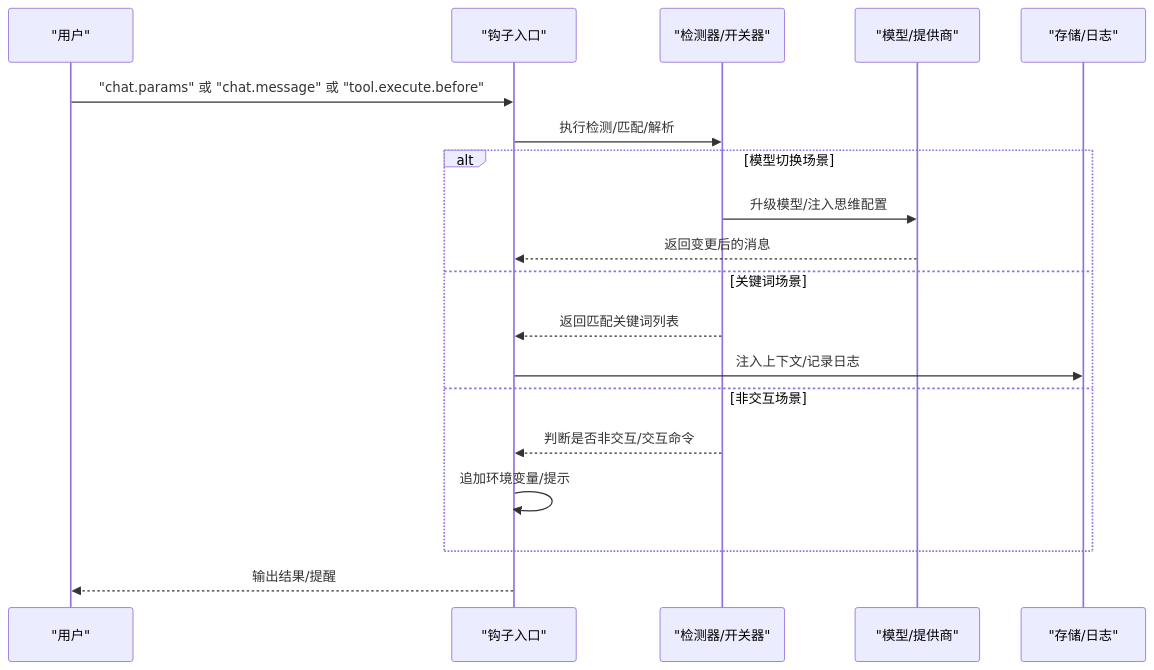
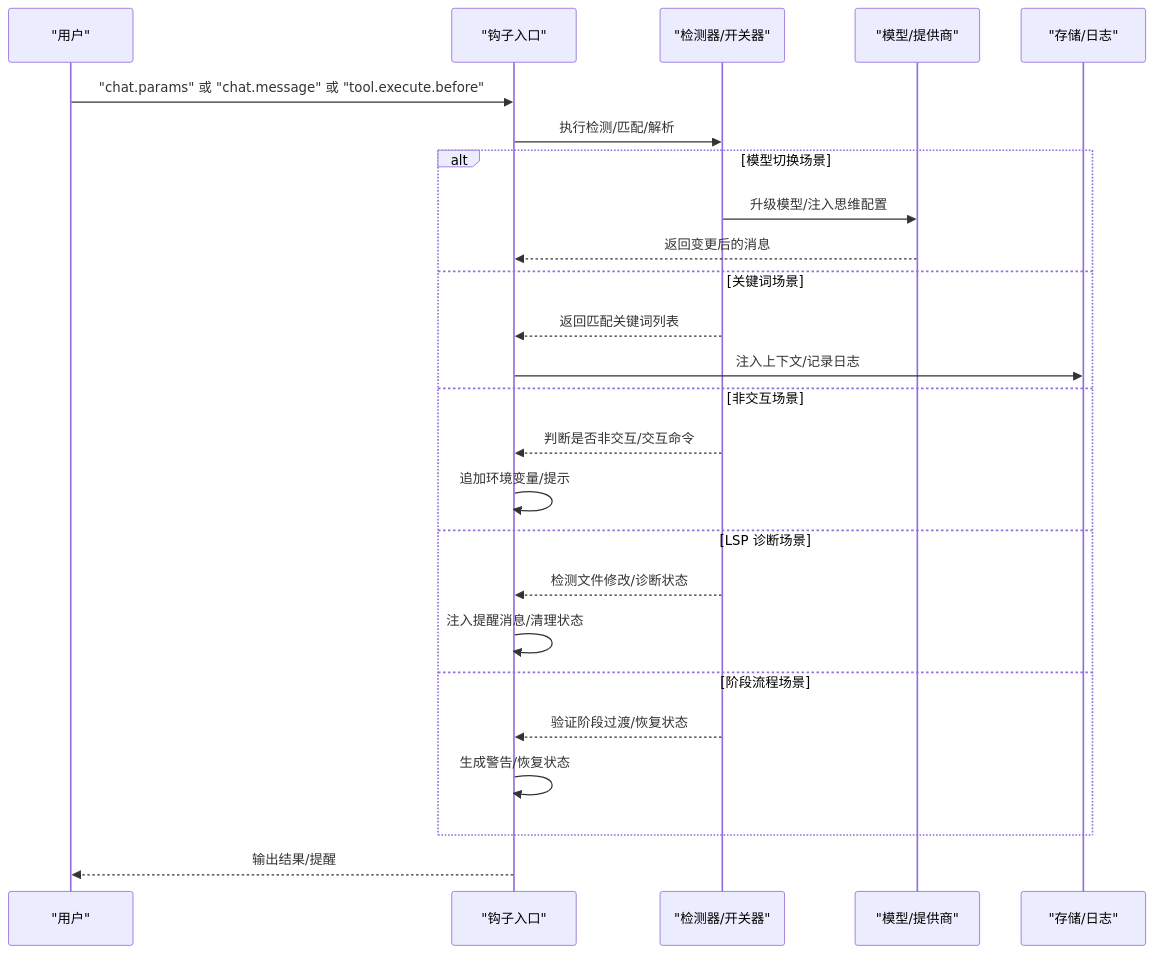
Before and after one commit to code-yeongyu/oh-my-openagent: the second of 9 diagrams in .qoder/repowiki/zh/content/钩子系统/实用工具钩子.md, drawn with Mermaid. The commit also changed other lines of this file and 61 other files, not shown here.

````diff
--- a/.qoder/repowiki/zh/content/钩子系统/实用工具钩子.md
+++ b/.qoder/repowiki/zh/content/钩子系统/实用工具钩子.md
@@ -120,21 +155,27 @@
 ```mermaid
 sequenceDiagram
 participant User as "用户"
 participant Hook as "钩子入口"
 participant Detector as "检测器/开关器"
 participant Provider as "模型/提供商"
 participant Store as "存储/日志"
 User->>Hook : "chat.params" 或 "chat.message" 或 "tool.execute.before"
 Hook->>Detector : 执行检测/匹配/解析
 alt 模型切换场景
 Detector->>Provider : 升级模型/注入思维配置
 Provider-->>Hook : 返回变更后的消息
 else 关键词场景
 Detector-->>Hook : 返回匹配关键词列表
 Hook->>Store : 注入上下文/记录日志
 else 非交互场景
 Detector-->>Hook : 判断是否非交互/交互命令
 Hook->>Hook : 追加环境变量/提示
+else LSP 诊断场景
+Detector-->>Hook : 检测文件修改/诊断状态
+Hook->>Hook : 注入提醒消息/清理状态
+else 阶段流程场景
+Detector-->>Hook : 验证阶段过渡/恢复状态
+Hook->>Hook : 生成警告/恢复状态
 end
 Hook-->>User : 输出结果/提醒
 ```
````
